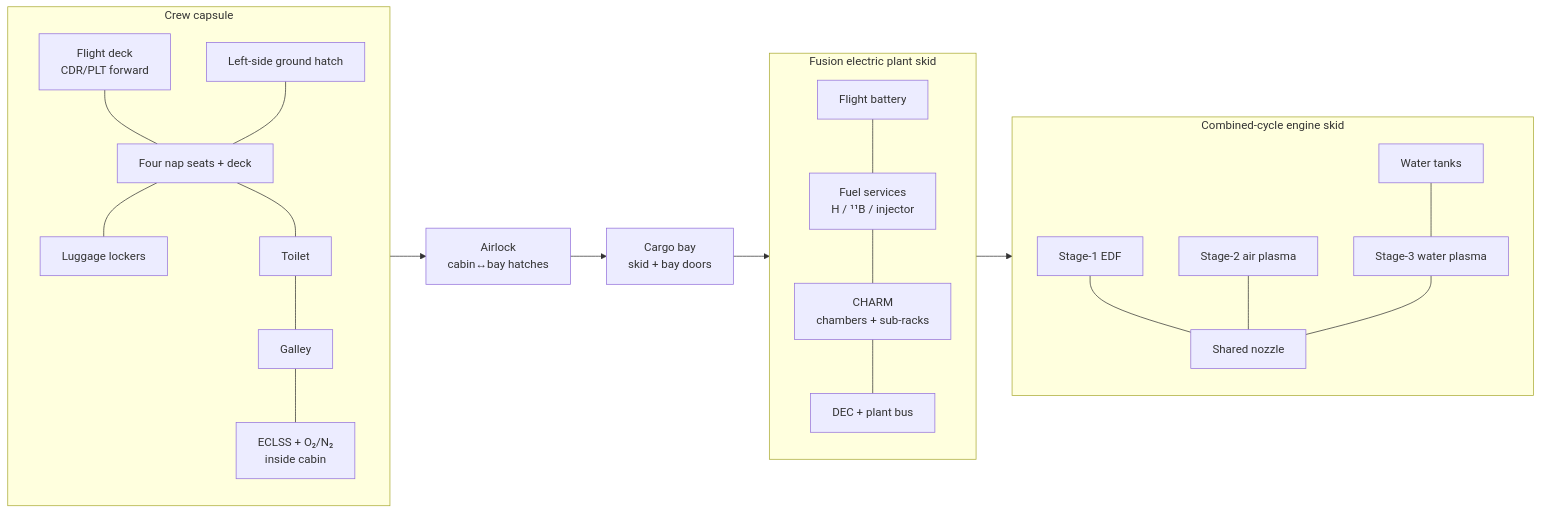
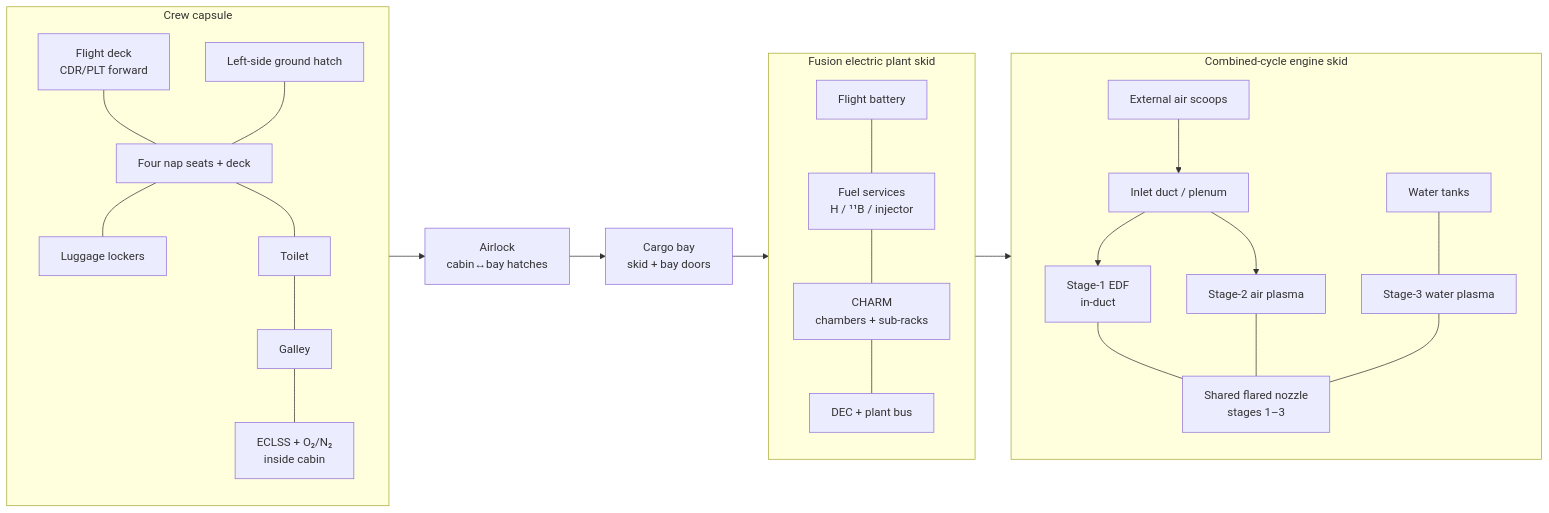
One commit to catskillsresearch/charm_p11b_ssto changed the third of 3 diagrams in arxiv.md. Above: the diagram before and after it, drawn with Mermaid. The commit also changed other lines of this file and 8 other files, not shown here.

First line of the commit message:
Document engine air path, shared nozzle, and skid packaging figures.

````diff
--- a/arxiv.md
+++ b/arxiv.md
@@ -905,36 +907,41 @@
 ```mermaid
 flowchart LR
   subgraph crew ["Crew capsule"]
     FD["Flight deck<br/>CDR/PLT forward"]
     SE["Four nap seats + deck"]
     LUG["Luggage lockers"]
     WCS["Toilet"]
     GAL["Galley"]
     ECLSS["ECLSS + O₂/N₂<br/>inside cabin"]
     DOOR["Left-side ground hatch"]
     FD --- SE --- LUG
     SE --- WCS --- GAL --- ECLSS
     DOOR --- SE
   end
   AL["Airlock<br/>cabin↔bay hatches"]
   B["Cargo bay<br/>skid + bay doors"]
   subgraph FP ["Fusion electric plant skid"]
     BAT["Flight battery"]
     FUEL["Fuel services<br/>H / ¹¹B / injector"]
     R["CHARM<br/>chambers + sub-racks"]
     DEC2["DEC + plant bus"]
     BAT --- FUEL --- R --- DEC2
   end
   subgraph ENG ["Combined-cycle engine skid"]
+    SC["External air scoops"]
+    DU["Inlet duct / plenum"]
     W["Water tanks"]
-    S1["Stage-1 EDF"]
+    S1["Stage-1 EDF<br/>in-duct"]
     S2["Stage-2 air plasma"]
     S3["Stage-3 water plasma"]
-    NZ["Shared nozzle"]
+    NZ["Shared flared nozzle<br/>stages 1–3"]
+    SC --> DU
+    DU --> S1
+    DU --> S2
     W --- S3
     S1 --- NZ
     S2 --- NZ
     S3 --- NZ
   end
   crew --> AL --> B --> FP --> ENG
 ```
````
